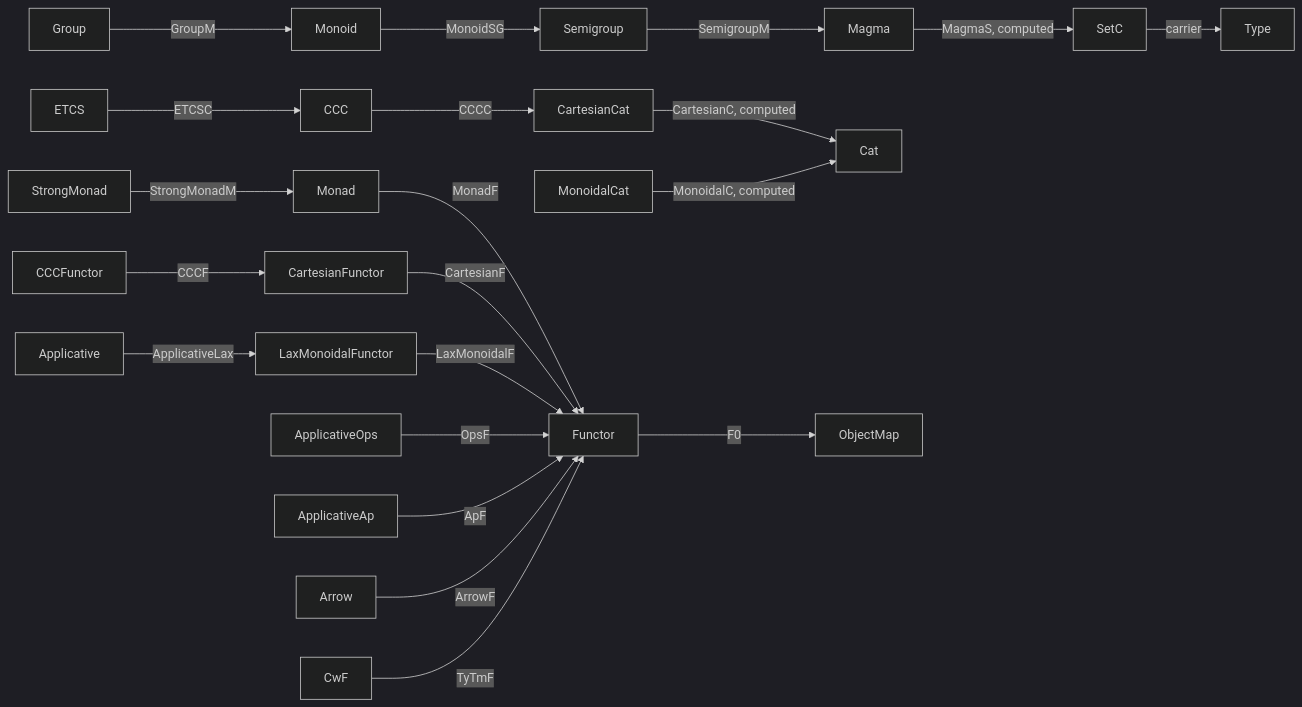
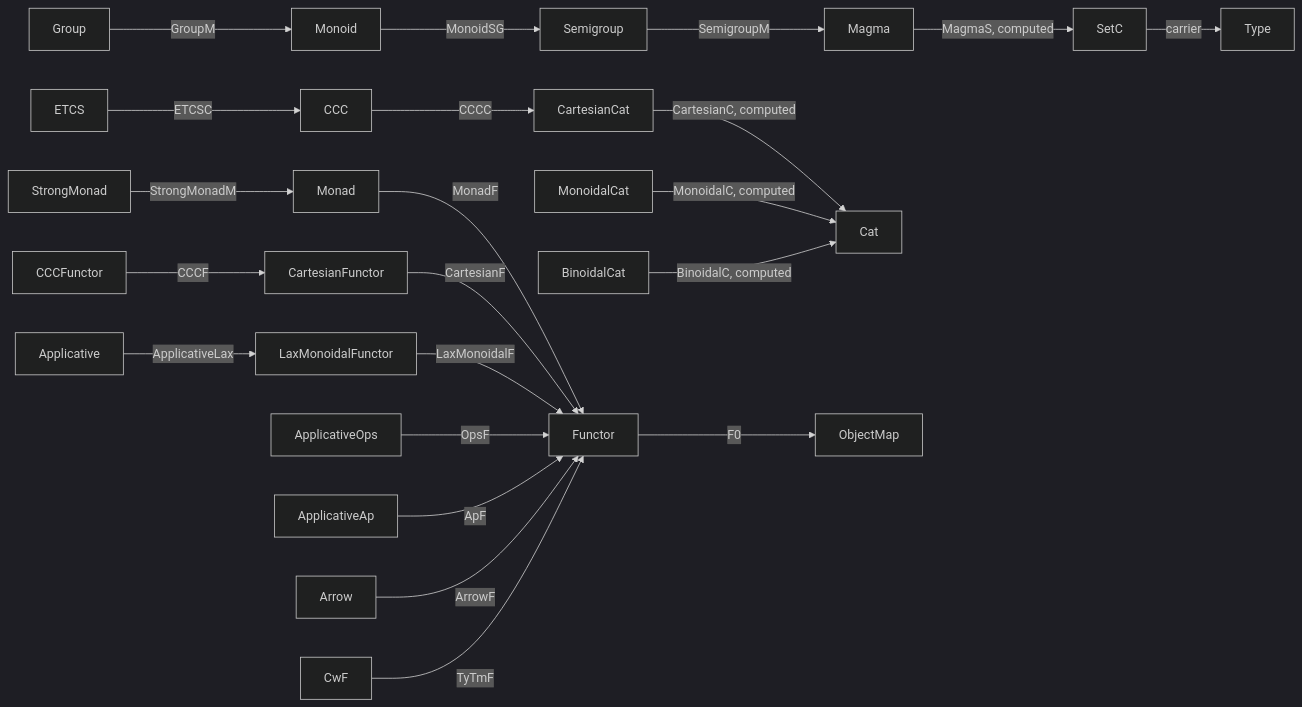
The diagram in docs/BundledInterfaces.md (Godalin/rocq-cats), drawn with Mermaid (dark theme) before and after one commit. The commit also changed other lines of this file and 8 other files, not shown here.

````diff
--- a/docs/BundledInterfaces.md
+++ b/docs/BundledInterfaces.md
@@ -683,23 +684,24 @@
 ```mermaid
 flowchart LR
   Group -->|GroupM| Monoid
   Monoid -->|MonoidSG| Semigroup
   Semigroup -->|SemigroupM| Magma
   Magma -->|MagmaS, computed| SetC
   SetC -->|carrier| Type
   ETCS -->|ETCSC| CCC
   CCC -->|CCCC| CartesianCat
   CartesianCat -->|CartesianC, computed| Cat
   MonoidalCat -->|MonoidalC, computed| Cat
+  BinoidalCat -->|BinoidalC, computed| Cat
   StrongMonad -->|StrongMonadM| Monad
   Monad -->|MonadF| Functor
   CCCFunctor -->|CCCF| CartesianFunctor
   CartesianFunctor -->|CartesianF| Functor
   Applicative -->|ApplicativeLax| LaxMonoidalFunctor
   LaxMonoidalFunctor -->|LaxMonoidalF| Functor
   ApplicativeOps -->|OpsF| Functor
   ApplicativeAp -->|ApF| Functor
   Arrow -->|ArrowF| Functor
   CwF -->|TyTmF| Functor
   Functor -->|F0| ObjectMap
 ```
````
